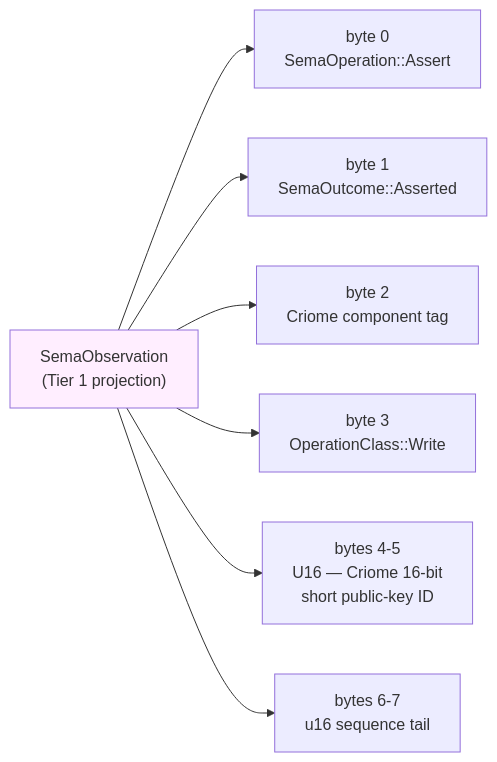
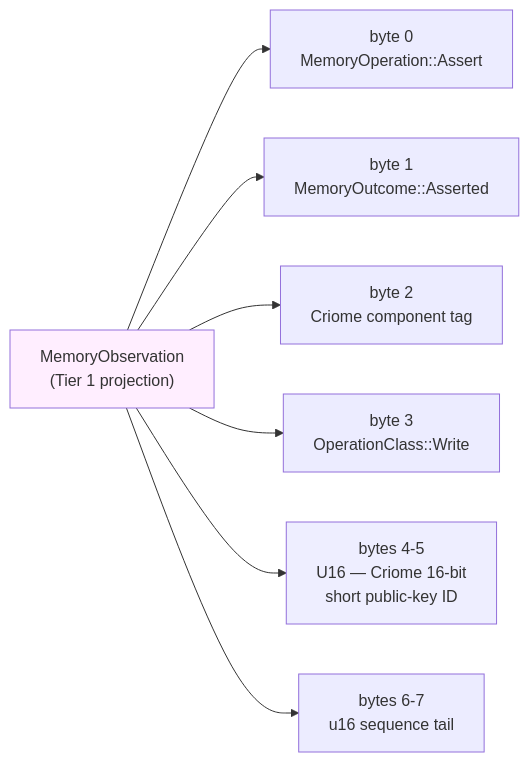
One commit to LiGoldragon/signal-memory changed the second of 3 diagrams in ARCHITECTURE.md. Above: the diagram before and after it, drawn with Mermaid. The commit also changed other lines of this file and 17 other files, not shown here.

Commit message:
Rename signal-sema to signal-memory

````diff
--- a/ARCHITECTURE.md
+++ b/ARCHITECTURE.md
@@ -288,13 +288,13 @@
 ```mermaid
 flowchart LR
-    obs["SemaObservation<br/>(Tier 1 projection)"]
-    obs --> byte_zero["byte 0<br/>SemaOperation::Assert"]
-    obs --> byte_one["byte 1<br/>SemaOutcome::Asserted"]
+    obs["MemoryObservation<br/>(Tier 1 projection)"]
+    obs --> byte_zero["byte 0<br/>MemoryOperation::Assert"]
+    obs --> byte_one["byte 1<br/>MemoryOutcome::Asserted"]
     obs --> byte_two["byte 2<br/>Criome component tag"]
     obs --> byte_three["byte 3<br/>OperationClass::Write"]
     obs --> bytes_four_five["bytes 4-5<br/>U16 — Criome 16-bit<br/>short public-key ID"]
     obs --> bytes_six_seven["bytes 6-7<br/>u16 sequence tail"]
 
     style obs fill:#fef
     style bytes_four_five fill:#eef
 ```
````
